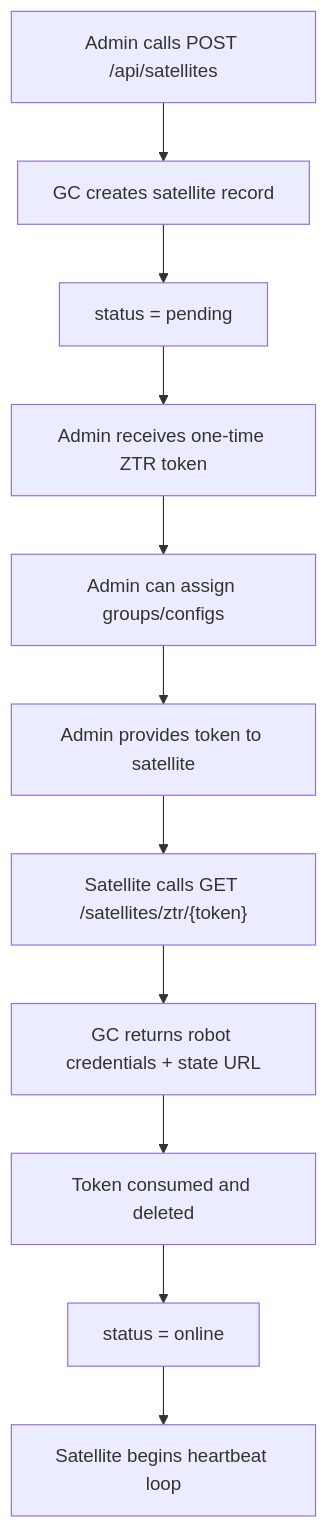
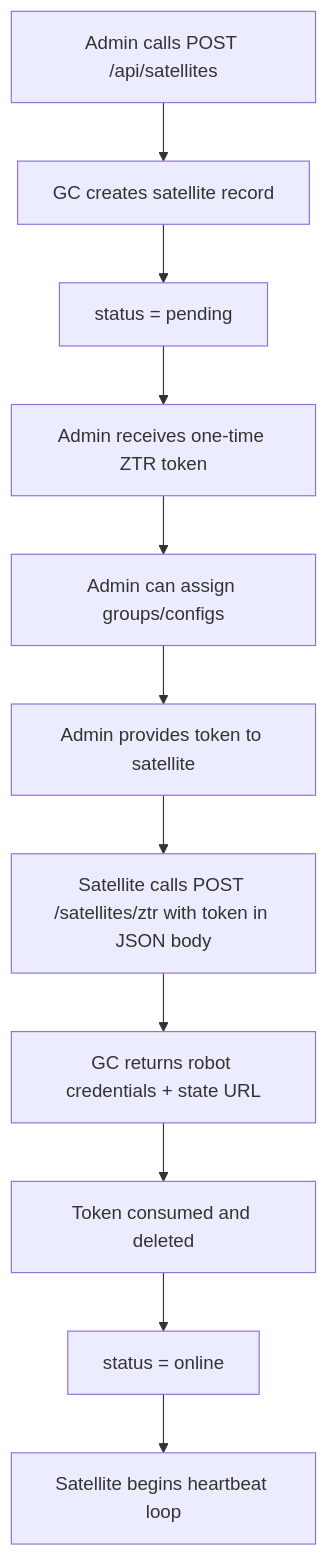
The second of 5 diagrams in docs/decisions/0006-satellite-lifecycle-states.md (container-registry/harbor-satellite), drawn with Mermaid before and after one commit. The commit also changed 4 other files, not shown here.

````diff
--- a/docs/decisions/0006-satellite-lifecycle-states.md
+++ b/docs/decisions/0006-satellite-lifecycle-states.md
@@ -157,13 +157,13 @@
 ```mermaid
 flowchart TD
     A[Admin calls POST /api/satellites] --> B[GC creates satellite record]
     B --> C["status = pending"]
     C --> D[Admin receives one-time ZTR token]
     D --> E[Admin can assign groups/configs]
     E --> F[Admin provides token to satellite]
-    F --> G["Satellite calls GET /satellites/ztr/{token}"]
+    F --> G["Satellite calls POST /satellites/ztr with token in JSON body"]
     G --> H[GC returns robot credentials + state URL]
     H --> I[Token consumed and deleted]
     I --> J["status = online"]
     J --> K[Satellite begins heartbeat loop]
 ```
````
